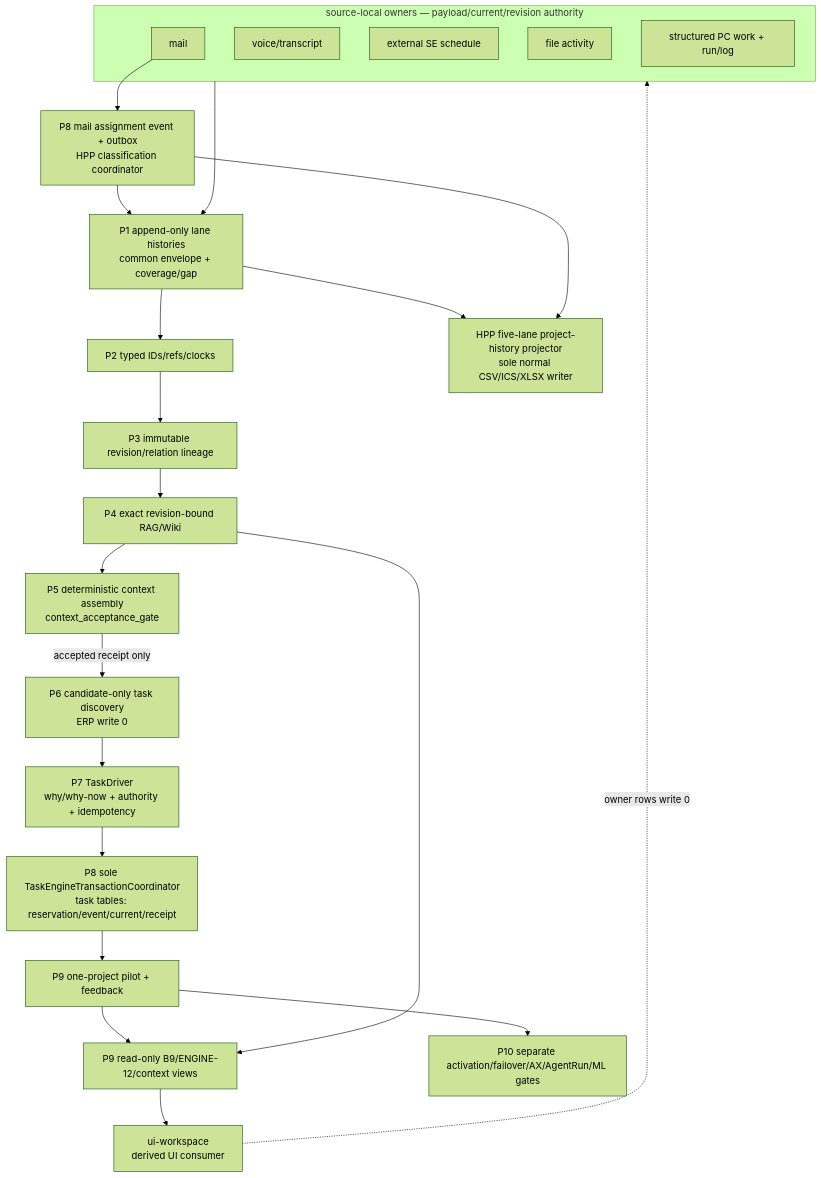
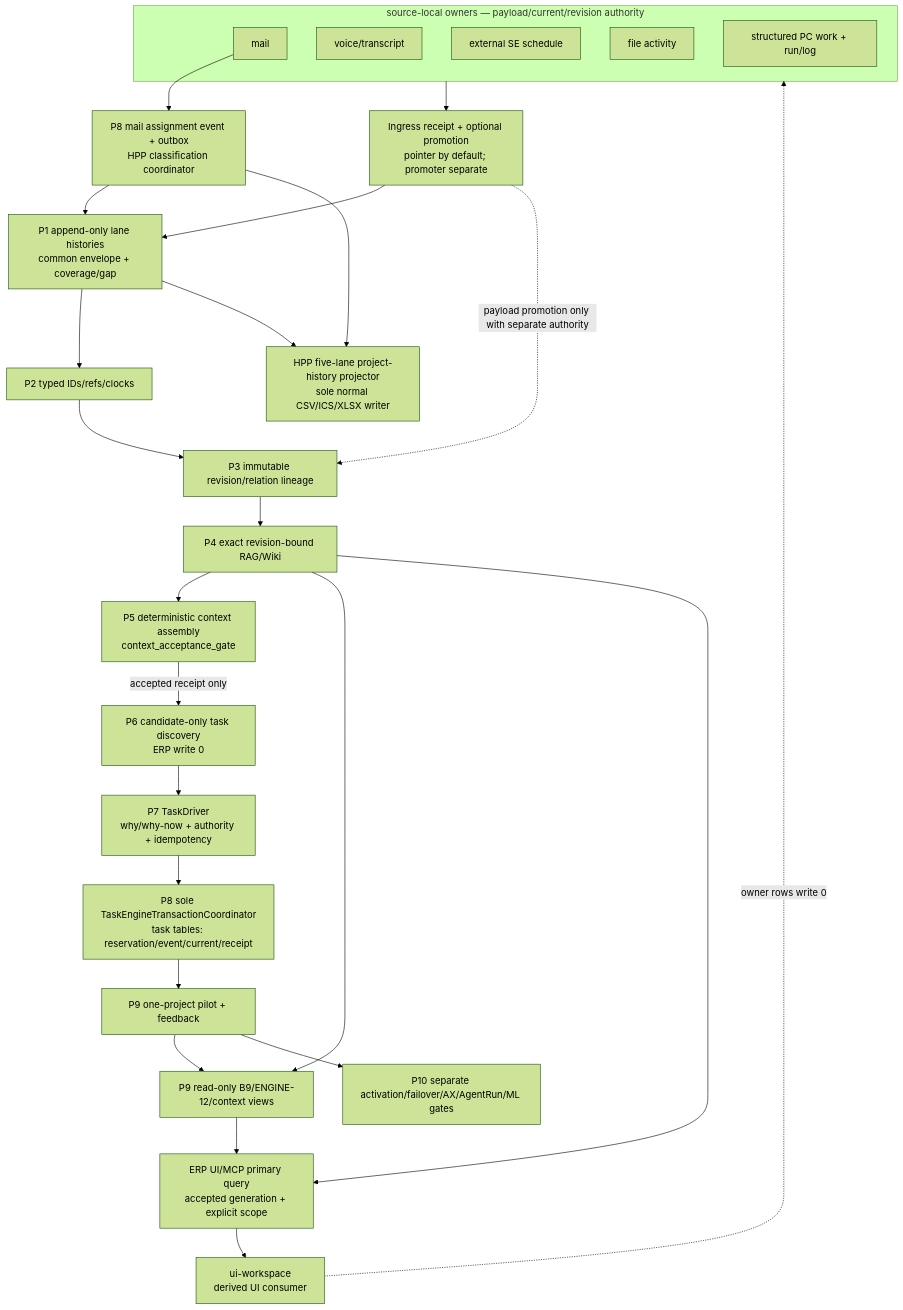
The third of 12 diagrams in ui-workspace/apps/dev-erp/docs/TASK_ENGINE_AX_WORKSPACE_BUILD_MASTER_PLAN_V0.md (SungYongMOON/soulforge), drawn with Mermaid (forest theme) before and after one commit. The commit also changed other lines of this file and 5 other files, not shown here.

````diff
--- a/ui-workspace/apps/dev-erp/docs/TASK_ENGINE_AX_WORKSPACE_BUILD_MASTER_PLAN_V0.md
+++ b/ui-workspace/apps/dev-erp/docs/TASK_ENGINE_AX_WORKSPACE_BUILD_MASTER_PLAN_V0.md
@@ -507,34 +566,38 @@
 ```mermaid
 flowchart TB
   subgraph SO["source-local owners — payload/current/revision authority"]
     M["mail"]
     V["voice/transcript"]
     S["external SE schedule"]
     F["file activity"]
     W["structured PC work + run/log"]
   end
+  ING["Ingress receipt + optional promotion<br/>pointer by default; promoter separate"]
   H["P1 append-only lane histories<br/>common envelope + coverage/gap"]
   ID["P2 typed IDs/refs/clocks"]
   REV["P3 immutable revision/relation lineage"]
   RW["P4 exact revision-bound RAG/Wiki"]
   CTX["P5 deterministic context assembly<br/>context_acceptance_gate"]
   DISC["P6 candidate-only task discovery<br/>ERP write 0"]
   TD["P7 TaskDriver<br/>why/why-now + authority + idempotency"]
   TC["P8 sole TaskEngineTransactionCoordinator<br/>task tables: reservation/event/current/receipt"]
   MO["P8 mail assignment event + outbox<br/>HPP classification coordinator"]
   PH["HPP five-lane project-history projector<br/>sole normal CSV/ICS/XLSX writer"]
   PILOT["P9 one-project pilot + feedback"]
   READ["P9 read-only B9/ENGINE-12/context views"]
+  QRY["ERP UI/MCP primary query<br/>accepted generation + explicit scope"]
   UI["ui-workspace<br/>derived UI consumer"]
   ACT["P10 separate activation/failover/AX/AgentRun/ML gates"]
 
-  SO --> H --> ID --> REV --> RW --> CTX
+  SO --> ING --> H --> ID --> REV --> RW --> CTX
   CTX -->|"accepted receipt only"| DISC --> TD --> TC --> PILOT
   M --> MO --> H
   H --> PH
   MO --> PH
-  PILOT --> READ --> UI
+  PILOT --> READ --> QRY --> UI
   PILOT --> ACT
   RW --> READ
+  RW --> QRY
+  ING -. "payload promotion only with separate authority" .-> REV
   UI -. "owner rows write 0" .-> SO
 ```
````
